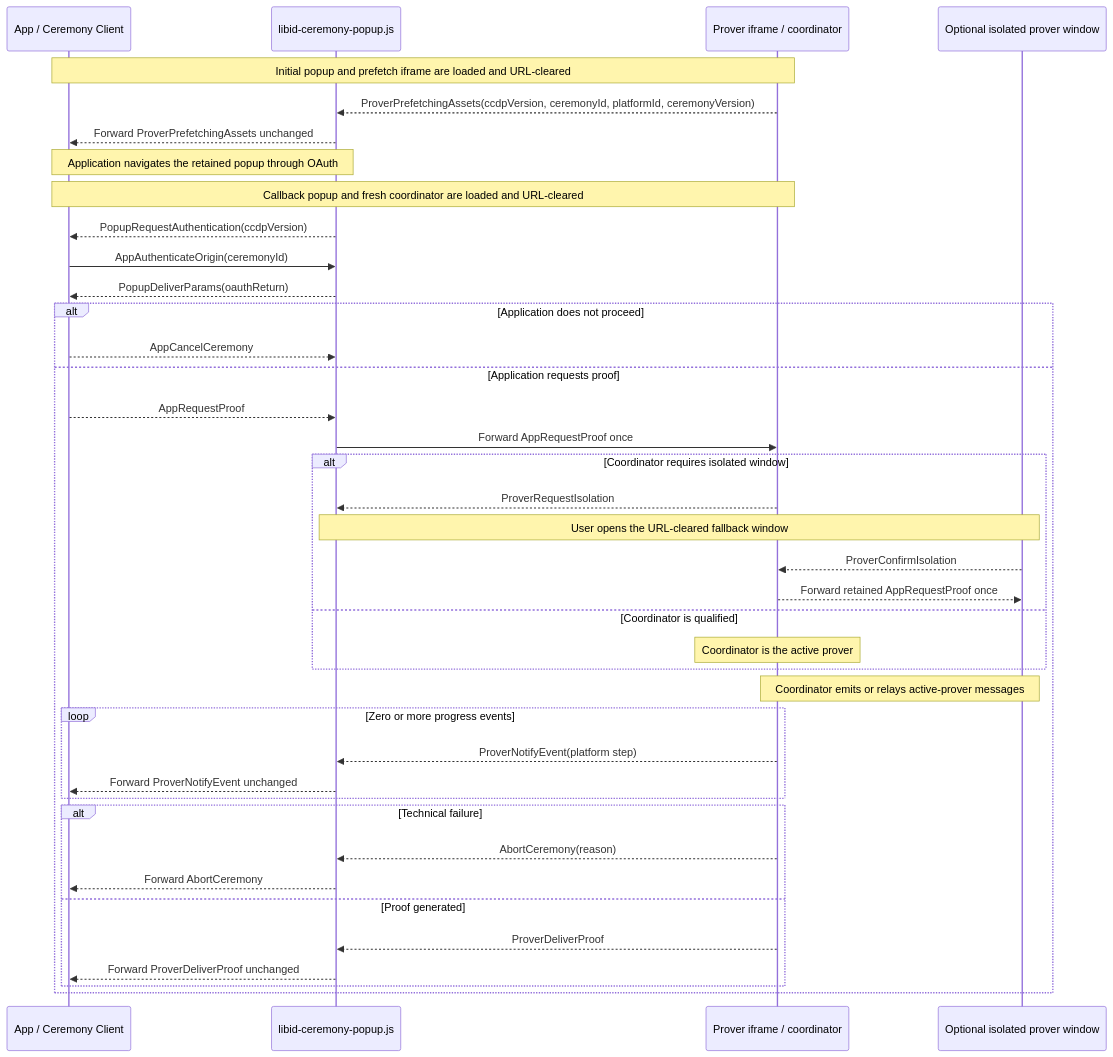
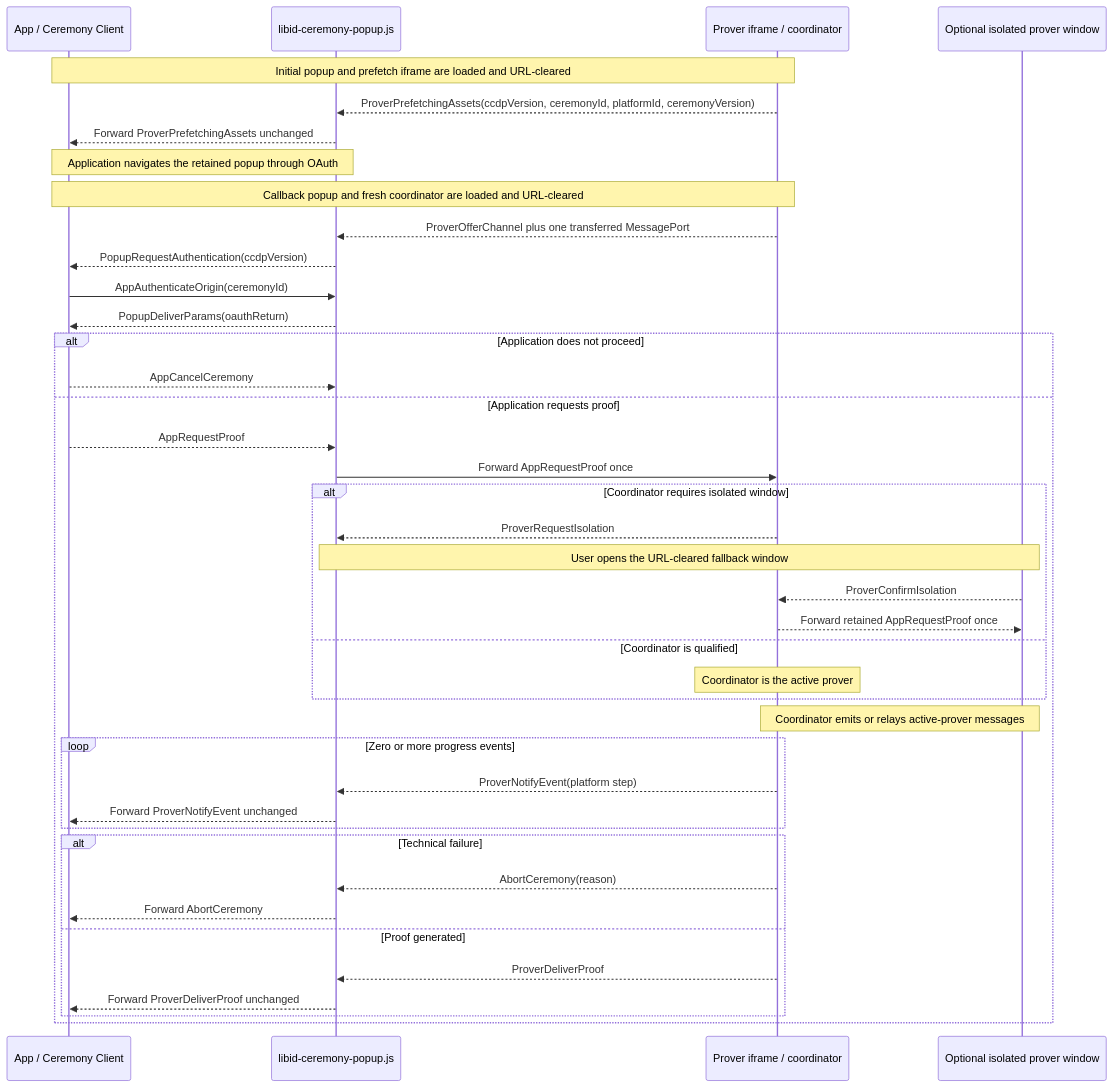
One commit to libid-org/libid changed the diagram in ts/packages/ceremony/CCDP.md. Above: the diagram before and after it, drawn with Mermaid. The commit also changed other lines of this file and 5 other files, not shown here.

````diff
--- a/ts/packages/ceremony/CCDP.md
+++ b/ts/packages/ceremony/CCDP.md
@@ -393,42 +419,43 @@
 ```mermaid
 sequenceDiagram
     participant A as App / Ceremony Client
     participant C as libid-ceremony-popup.js
     participant P as Prover iframe / coordinator
     participant W as Optional isolated prover window
 
     Note over A,P: Initial popup and prefetch iframe are loaded and URL-cleared
     P-->>C: ProverPrefetchingAssets(ccdpVersion, ceremonyId, platformId, ceremonyVersion)
     C-->>A: Forward ProverPrefetchingAssets unchanged
     Note over A,C: Application navigates the retained popup through OAuth
     Note over A,P: Callback popup and fresh coordinator are loaded and URL-cleared
+    P-->>C: ProverOfferChannel plus one transferred MessagePort
     C-->>A: PopupRequestAuthentication(ccdpVersion)
     A->>C: AppAuthenticateOrigin(ceremonyId)
     C-->>A: PopupDeliverParams(oauthReturn)
     alt Application does not proceed
         A-->>C: AppCancelCeremony
     else Application requests proof
         A-->>C: AppRequestProof
         C->>P: Forward AppRequestProof once
         alt Coordinator requires isolated window
             P-->>C: ProverRequestIsolation
             Note over C,W: User opens the URL-cleared fallback window
             W-->>P: ProverConfirmIsolation
             P-->>W: Forward retained AppRequestProof once
         else Coordinator is qualified
             Note over P: Coordinator is the active prover
         end
         Note over P,W: Coordinator emits or relays active-prover messages
         loop Zero or more progress events
             P-->>C: ProverNotifyEvent(platform step)
             C-->>A: Forward ProverNotifyEvent unchanged
         end
         alt Technical failure
             P-->>C: AbortCeremony(reason)
             C-->>A: Forward AbortCeremony
         else Proof generated
             P-->>C: ProverDeliverProof
             C-->>A: Forward ProverDeliverProof unchanged
         end
     end
 ```
````
